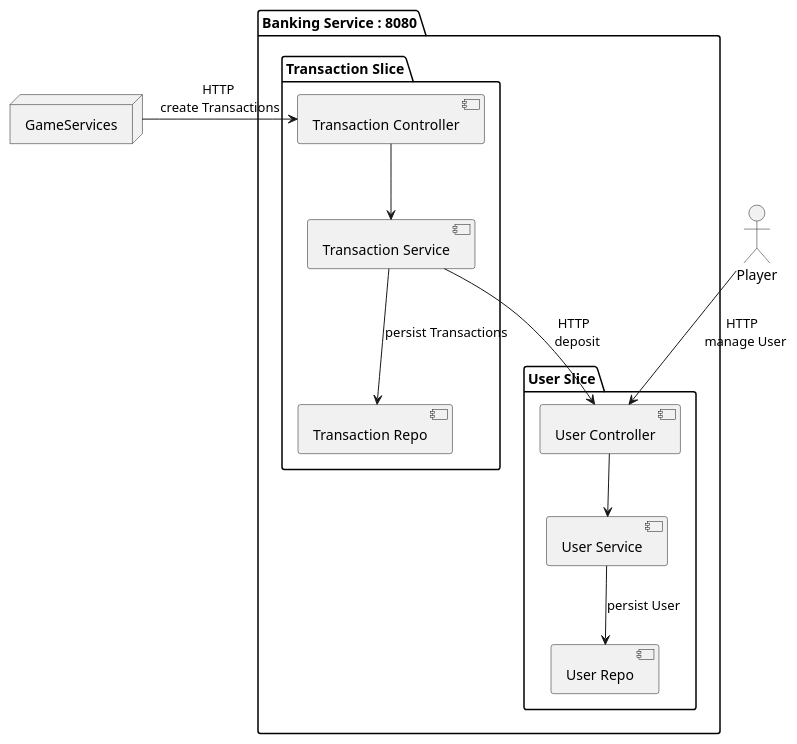
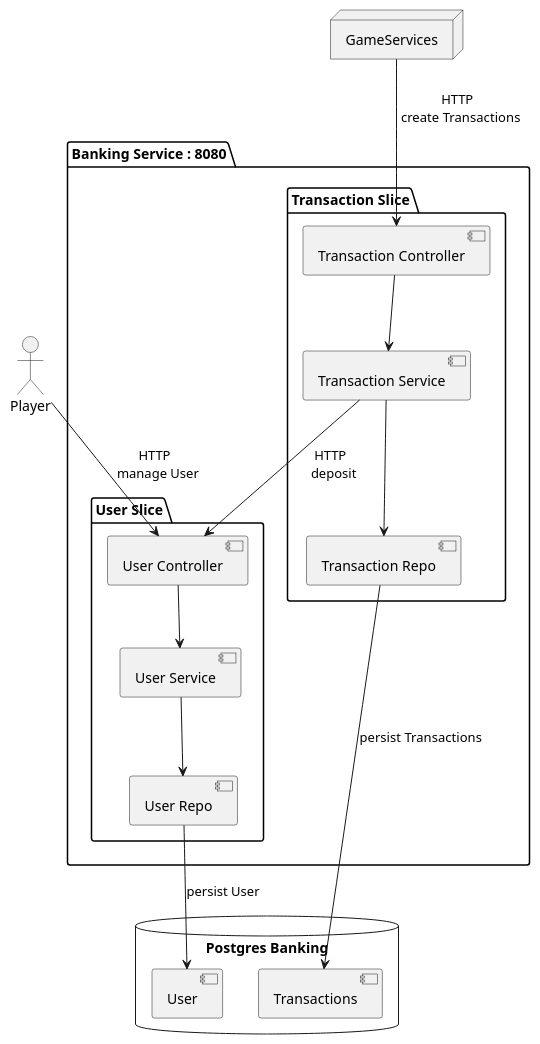
Before and after one commit to Xmenn1000/Softwareengineering-Casino-Beleg: the diagram in banking/BankingPlant.puml, drawn with PlantUML. The commit also changed 1 other file, not shown here.

Commit message:
feat: update diagrams from slot and banking

```diff
--- a/banking/BankingPlant.puml
+++ b/banking/BankingPlant.puml
@@ -1,36 +1,43 @@
 @startuml
 
 actor Player
 
 package "Banking Service : 8080" as Banking {
 
 package "User Slice" as UserServicePackage {
 component "User Controller" as UserController
 component "User Service" as UserService
 component "User Repo" as UserRepo
 
-
 UserController --> UserService
-UserService --> UserRepo: persist User
+UserService --> UserRepo
 }
 
 package "Transaction Slice" as TransactionServicePackage {
 
 component "Transaction Controller" as TransactionController
 component "Transaction Service" as TransactionService
 component "Transaction Repo" as TransactionRepo
 
 TransactionController --> TransactionService
-TransactionService --> TransactionRepo : persist Transactions
+TransactionService --> TransactionRepo
 }
 
 TransactionService --> UserController : HTTP \n deposit
 
 }
 
+database "Postgres Banking" as BankingDB {
+  [User] as UserTable
+  [Transactions] as TransactionTable
+}
+
 node GameServices
 
-GameServices -> TransactionController : HTTP \ncreate Transactions
+UserRepo --> UserTable : persist User
+TransactionRepo --> TransactionTable : persist Transactions
+
+GameServices --> TransactionController : HTTP \n create Transactions
 Player --> UserController : HTTP \n manage User
 
 @enduml
```
